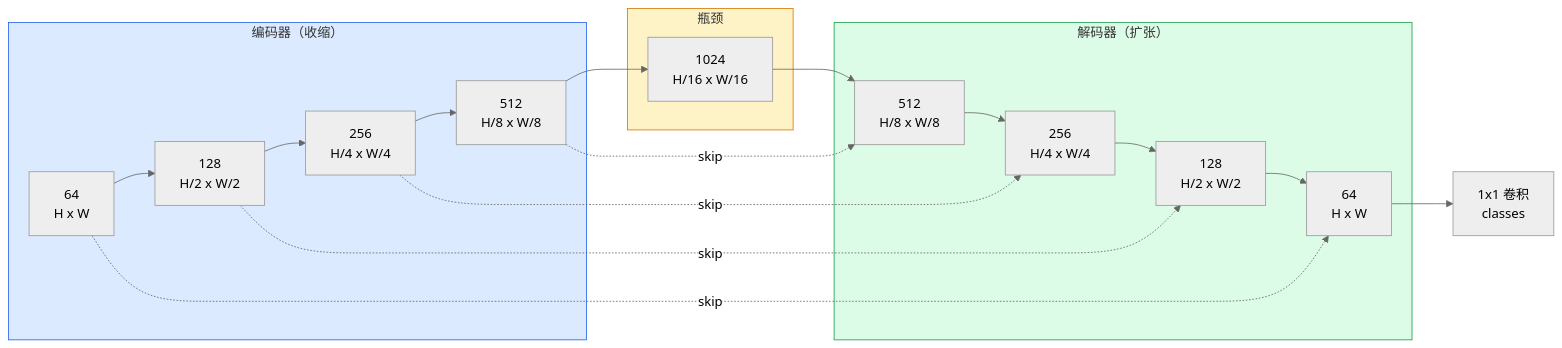
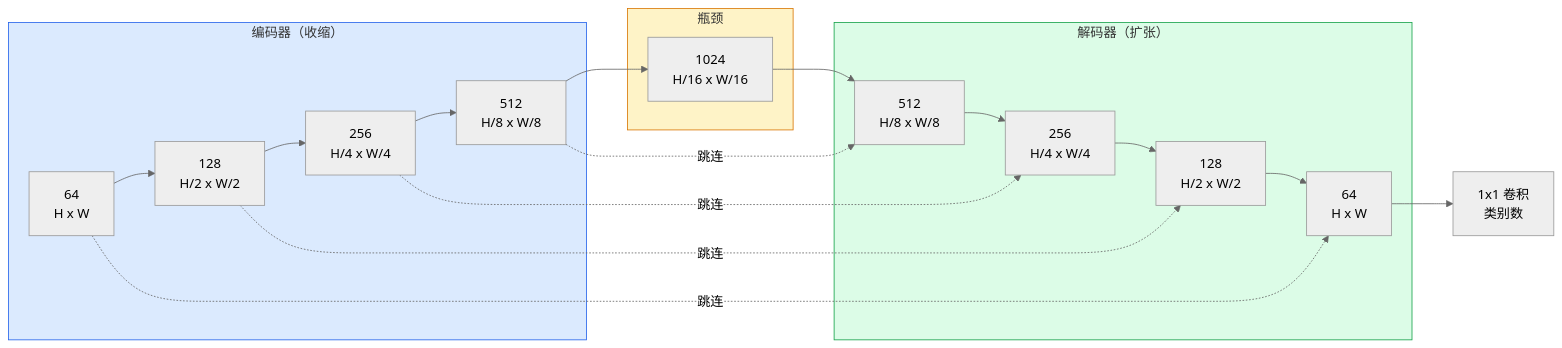
One commit to alessandrodinisio-ai/ai-engineering-learning-framework changed the second of 2 diagrams in phases/04-computer-vision/07-semantic-segmentation-unet/docs/zh.md. Above: the diagram before and after it, drawn with Mermaid (neutral theme). The commit also changed 120 other files, not shown here.

First line of the commit message:
i18n(mermaid): 337 个 mermaid 图表标签中文化

````diff
--- a/phases/04-computer-vision/07-semantic-segmentation-unet/docs/zh.md
+++ b/phases/04-computer-vision/07-semantic-segmentation-unet/docs/zh.md
@@ -48,26 +48,26 @@
 ```mermaid
 flowchart LR
     subgraph ENC["编码器（收缩）"]
         E1["64<br/>H x W"] --> E2["128<br/>H/2 x W/2"]
         E2 --> E3["256<br/>H/4 x W/4"]
         E3 --> E4["512<br/>H/8 x W/8"]
     end
     subgraph BOT["瓶颈"]
         B1["1024<br/>H/16 x W/16"]
     end
     subgraph DEC["解码器（扩张）"]
         D4["512<br/>H/8 x W/8"] --> D3["256<br/>H/4 x W/4"]
         D3 --> D2["128<br/>H/2 x W/2"]
         D2 --> D1["64<br/>H x W"]
     end
     E4 --> B1 --> D4
-    E1 -. skip .-> D1
-    E2 -. skip .-> D2
-    E3 -. skip .-> D3
-    E4 -. skip .-> D4
-    D1 --> OUT["1x1 卷积<br/>classes"]
+    E1 -. 跳连 .-> D1
+    E2 -. 跳连 .-> D2
+    E3 -. 跳连 .-> D3
+    E4 -. 跳连 .-> D4
+    D1 --> OUT["1x1 卷积<br/>类别数"]
 
     style ENC fill:#dbeafe,stroke:#2563eb
     style BOT fill:#fef3c7,stroke:#d97706
     style DEC fill:#dcfce7,stroke:#16a34a
 ```
````
